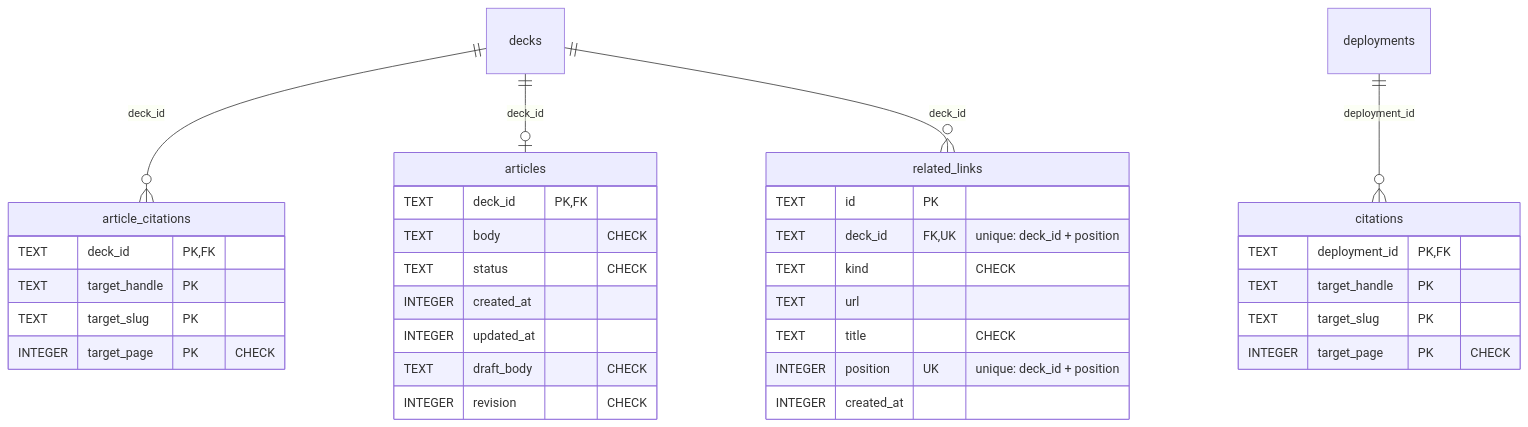
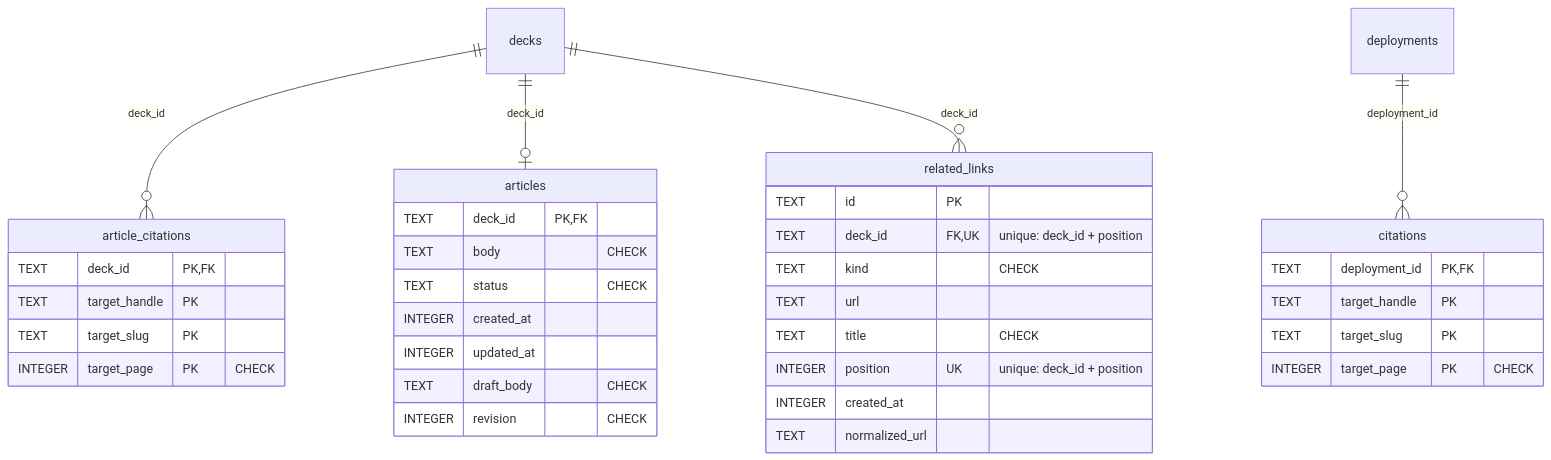
One commit to piconic-ai/slide changed the seventh of 8 diagrams in docs/dev/er-diagram.md. Above: the diagram before and after it, drawn with Mermaid. The commit also changed 5 other files, not shown here.

````diff
--- a/docs/dev/er-diagram.md
+++ b/docs/dev/er-diagram.md
@@ -344,39 +344,40 @@
 ```mermaid
 erDiagram
     article_citations {
         TEXT deck_id PK, FK
         TEXT target_handle PK
         TEXT target_slug PK
         INTEGER target_page PK "CHECK"
     }
     articles {
         TEXT deck_id PK, FK
         TEXT body "CHECK"
         TEXT status "CHECK"
         INTEGER created_at
         INTEGER updated_at
         TEXT draft_body "CHECK"
         INTEGER revision "CHECK"
     }
     citations {
         TEXT deployment_id PK, FK
         TEXT target_handle PK
         TEXT target_slug PK
         INTEGER target_page PK "CHECK"
     }
     related_links {
         TEXT id PK
         TEXT deck_id FK, UK "unique: deck_id + position"
         TEXT kind "CHECK"
         TEXT url
         TEXT title "CHECK"
         INTEGER position UK "unique: deck_id + position"
         INTEGER created_at
+        TEXT normalized_url
     }
     decks
     deployments
     decks ||--o{ article_citations : "deck_id"
     decks ||--o| articles : "deck_id"
     deployments ||--o{ citations : "deployment_id"
     decks ||--o{ related_links : "deck_id"
 ```
````
